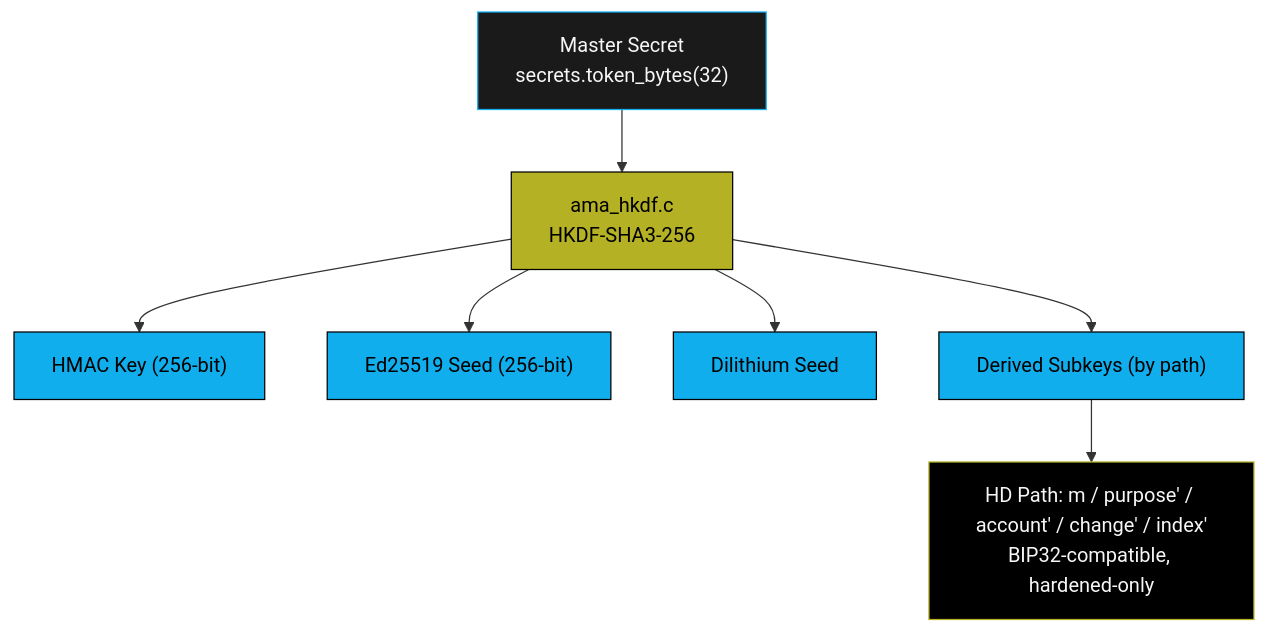
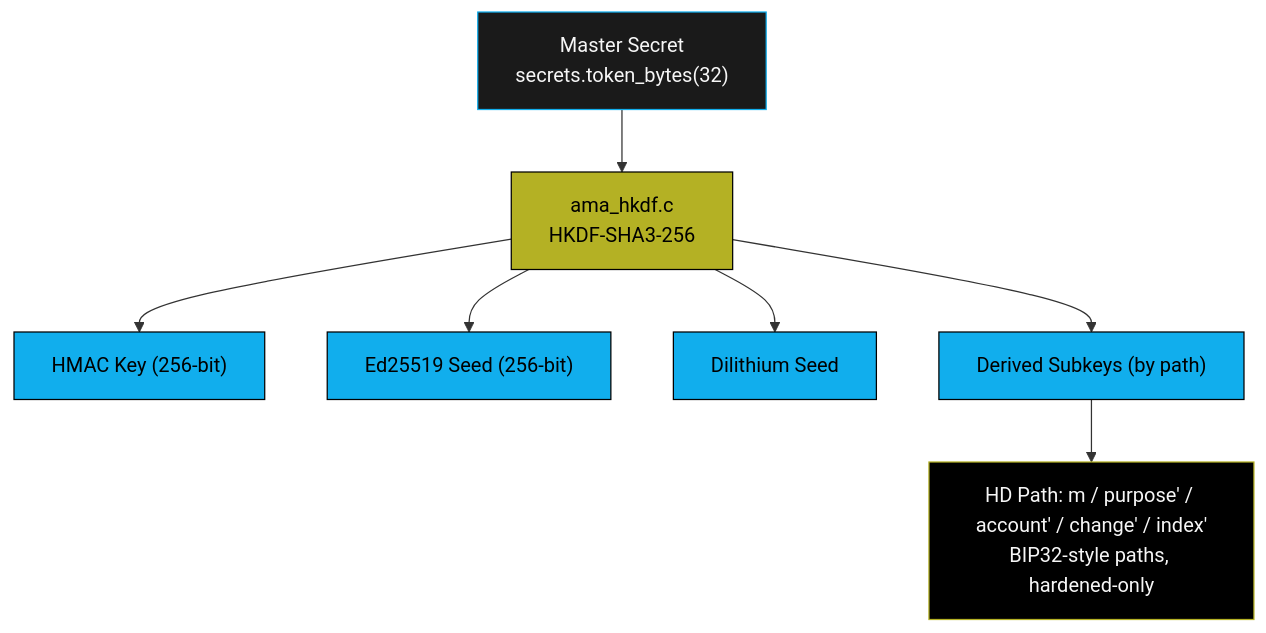
Before and after one commit to Steel-SecAdv-LLC/AMA-Cryptography: the seventh of 7 diagrams in wiki/Architecture.md, drawn with Mermaid. The commit also changed other lines of this file and 1405 other files, not shown here.

````diff
--- a/wiki/Architecture.md
+++ b/wiki/Architecture.md
@@ -278,15 +282,15 @@
 ```mermaid
 flowchart TD
     master["Master Secret\nsecrets.token_bytes(32)"]:::gray --> hkdf["ama_hkdf.c\nHKDF-SHA3-256"]:::gold
     hkdf --> hmac_key["HMAC Key (256-bit)"]:::blue
     hkdf --> ed_seed["Ed25519 Seed (256-bit)"]:::blue
     hkdf --> dil_seed["Dilithium Seed"]:::blue
     hkdf --> subkeys["Derived Subkeys (by path)"]:::blue
 
-    subkeys --> path["HD Path: m / purpose' / account' / change' / index'\nBIP32-compatible, hardened-only"]:::black
+    subkeys --> path["HD Path: m / purpose' / account' / change' / index'\nBIP32-style paths, hardened-only"]:::black
 
 classDef gold fill:#B4B124,stroke:#000000,color:#000000;
 classDef blue fill:#11AEED,stroke:#000000,color:#000000;
 classDef black fill:#000000,stroke:#B4B124,color:#f6f6f6;
 classDef gray fill:#1a1a1a,stroke:#11AEED,color:#f6f6f6;
 ```
````
